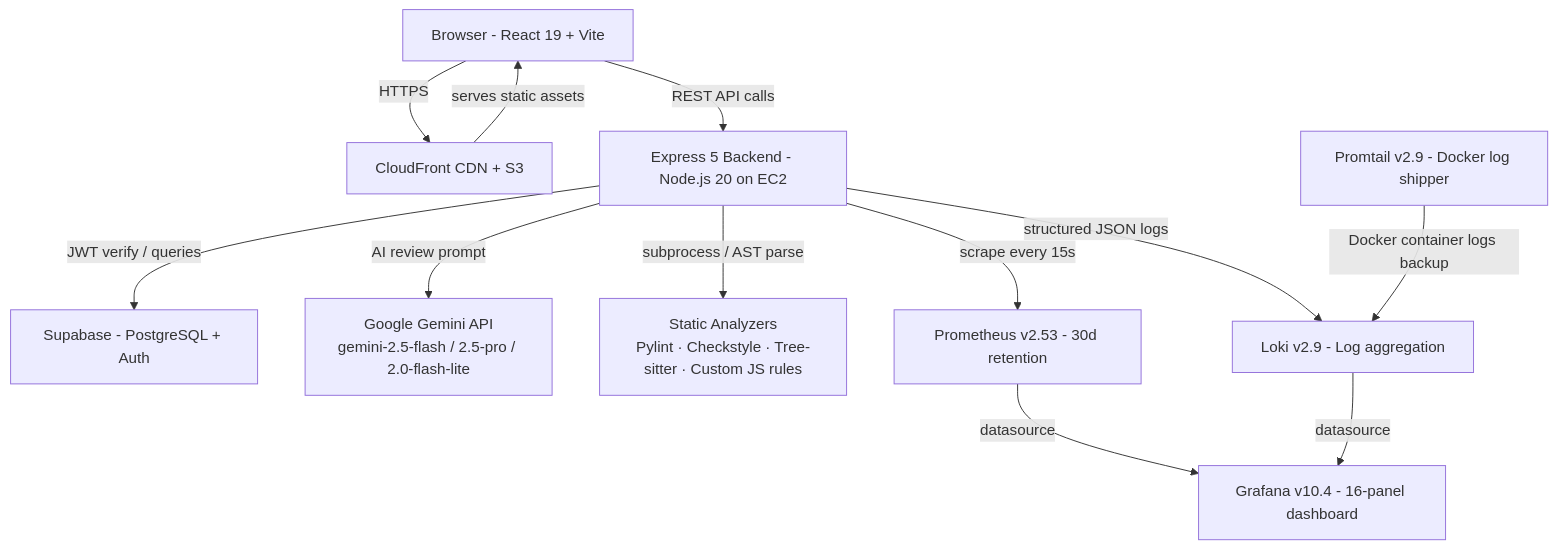
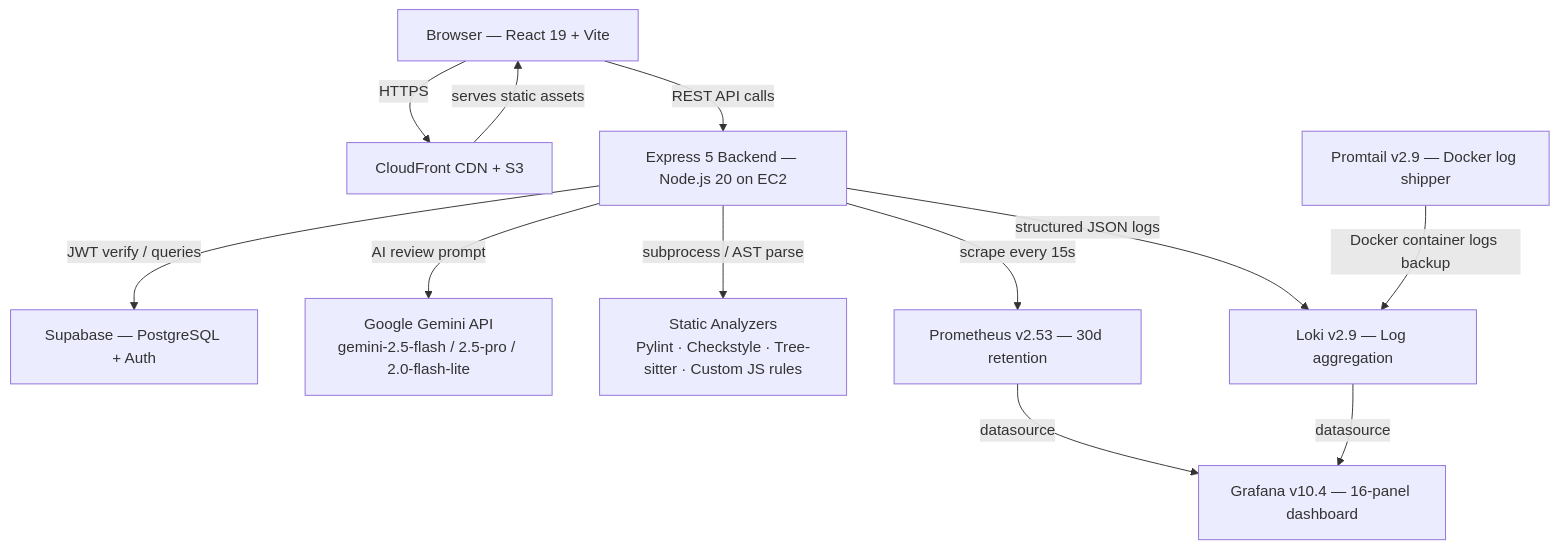
Before and after one commit to Dakshh-Agarwal/DevGuard-AI: the first of 4 diagrams in docs/ARCHITECTURE.md, drawn with Mermaid. The commit also changed other lines of this file and 15 other files, not shown here.

````diff
--- a/docs/ARCHITECTURE.md
+++ b/docs/ARCHITECTURE.md
@@ -5,25 +7,25 @@
 ```mermaid
 graph TD
-    Browser["Browser - React 19 + Vite"]
+    Browser["Browser — React 19 + Vite"]
     CloudFront["CloudFront CDN + S3"]
-    Backend["Express 5 Backend - Node.js 20 on EC2"]
-    Supabase["Supabase - PostgreSQL + Auth"]
+    Backend["Express 5 Backend — Node.js 20 on EC2"]
+    Supabase["Supabase — PostgreSQL + Auth"]
     Gemini["Google Gemini API\ngemini-2.5-flash / 2.5-pro / 2.0-flash-lite"]
     StaticTools["Static Analyzers\nPylint · Checkstyle · Tree-sitter · Custom JS rules"]
-    Prometheus["Prometheus v2.53 - 30d retention"]
-    Loki["Loki v2.9 - Log aggregation"]
-    Promtail["Promtail v2.9 - Docker log shipper"]
-    Grafana["Grafana v10.4 - 16-panel dashboard"]
+    Prometheus["Prometheus v2.53 — 30d retention"]
+    Loki["Loki v2.9 — Log aggregation"]
+    Promtail["Promtail v2.9 — Docker log shipper"]
+    Grafana["Grafana v10.4 — 16-panel dashboard"]
 
     Browser -->|HTTPS| CloudFront
     CloudFront -->|serves static assets| Browser
     Browser -->|REST API calls| Backend
     Backend -->|JWT verify / queries| Supabase
     Backend -->|AI review prompt| Gemini
     Backend -->|subprocess / AST parse| StaticTools
     Backend -->|scrape every 15s| Prometheus
     Backend -->|structured JSON logs| Loki
     Promtail -->|Docker container logs backup| Loki
     Prometheus -->|datasource| Grafana
     Loki -->|datasource| Grafana
 ```
````
